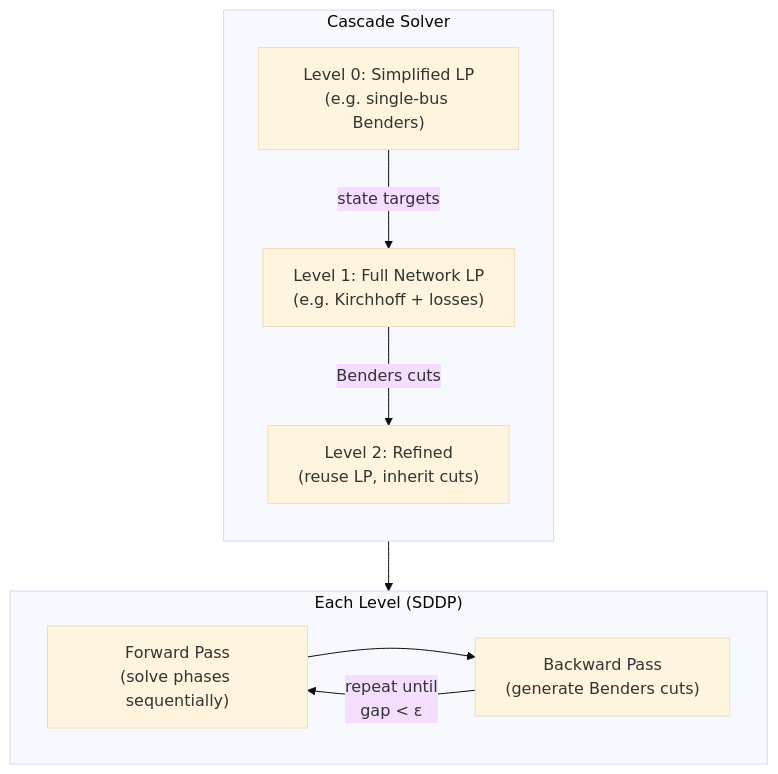
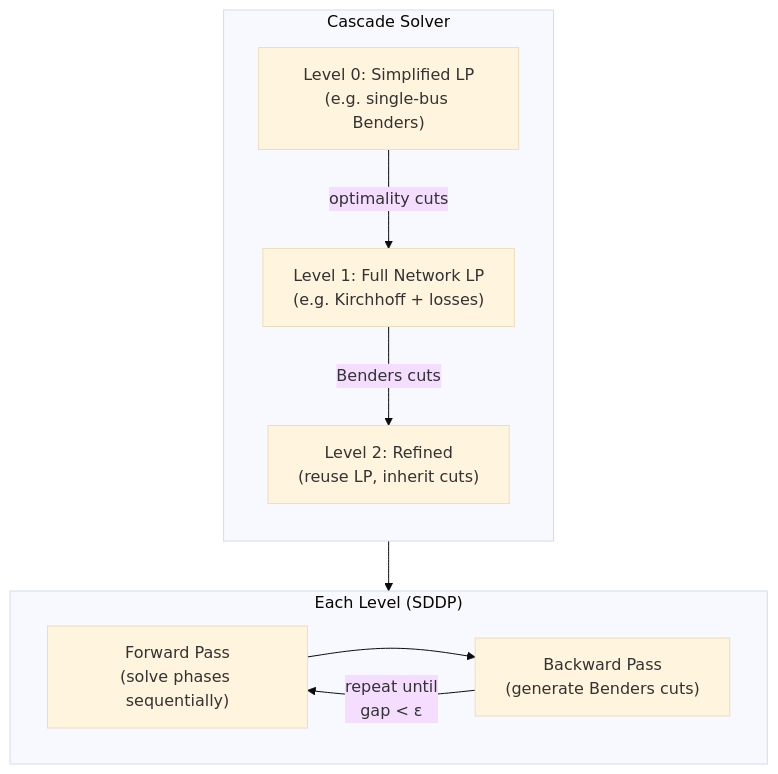
Before and after one commit to marcelomatus/gtopt: the first of 3 diagrams in docs/methods/cascade.md, drawn with Mermaid (base theme). The commit also changed other lines of this file and 37 other files, not shown here.

````diff
--- a/docs/methods/cascade.md
+++ b/docs/methods/cascade.md
@@ -37,22 +37,22 @@
 ```mermaid
 flowchart TD
     subgraph cascade["Cascade Solver"]
         direction TB
         L0["Level 0: Simplified LP<br/>(e.g. single-bus Benders)"]
         L1["Level 1: Full Network LP<br/>(e.g. Kirchhoff + losses)"]
         L2["Level 2: Refined<br/>(reuse LP, inherit cuts)"]
 
-        L0 -->|"state targets"| L1
+        L0 -->|"optimality cuts"| L1
         L1 -->|"Benders cuts"| L2
     end
 
     subgraph level["Each Level (SDDP)"]
         direction LR
         FW["Forward Pass<br/>(solve phases sequentially)"]
         BW["Backward Pass<br/>(generate Benders cuts)"]
         FW --> BW
         BW -->|"repeat until<br/>gap < ε"| FW
     end
 
     cascade --> level
 ```
````
